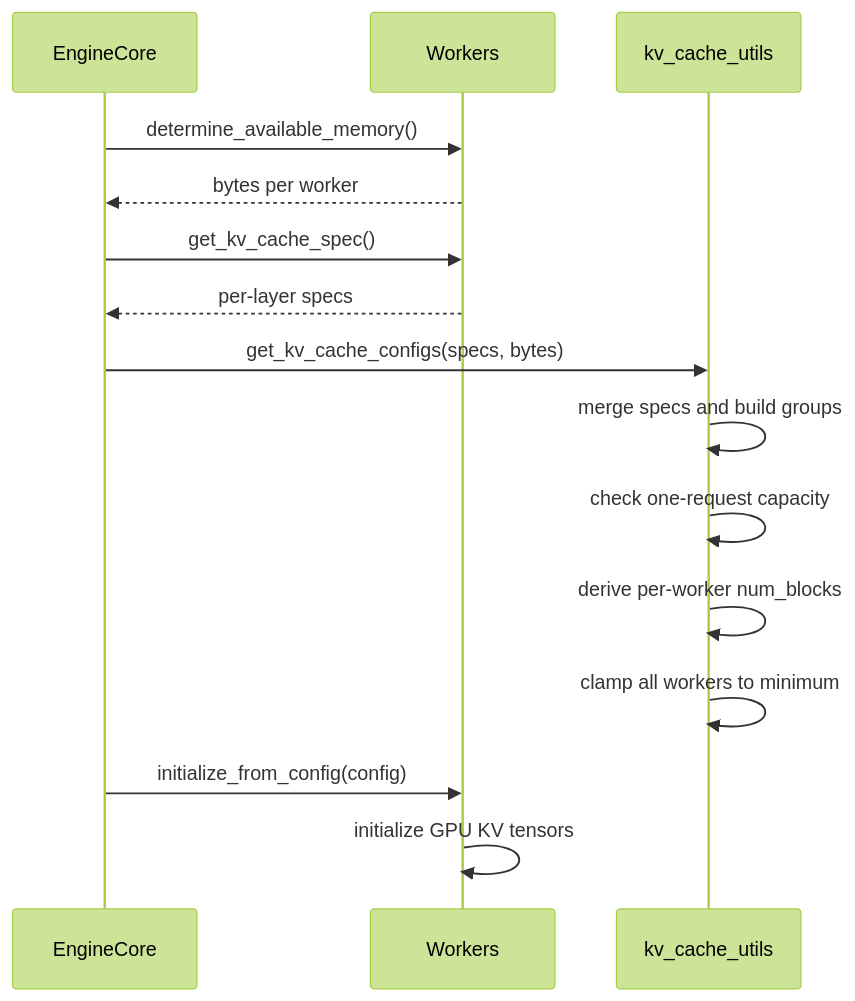
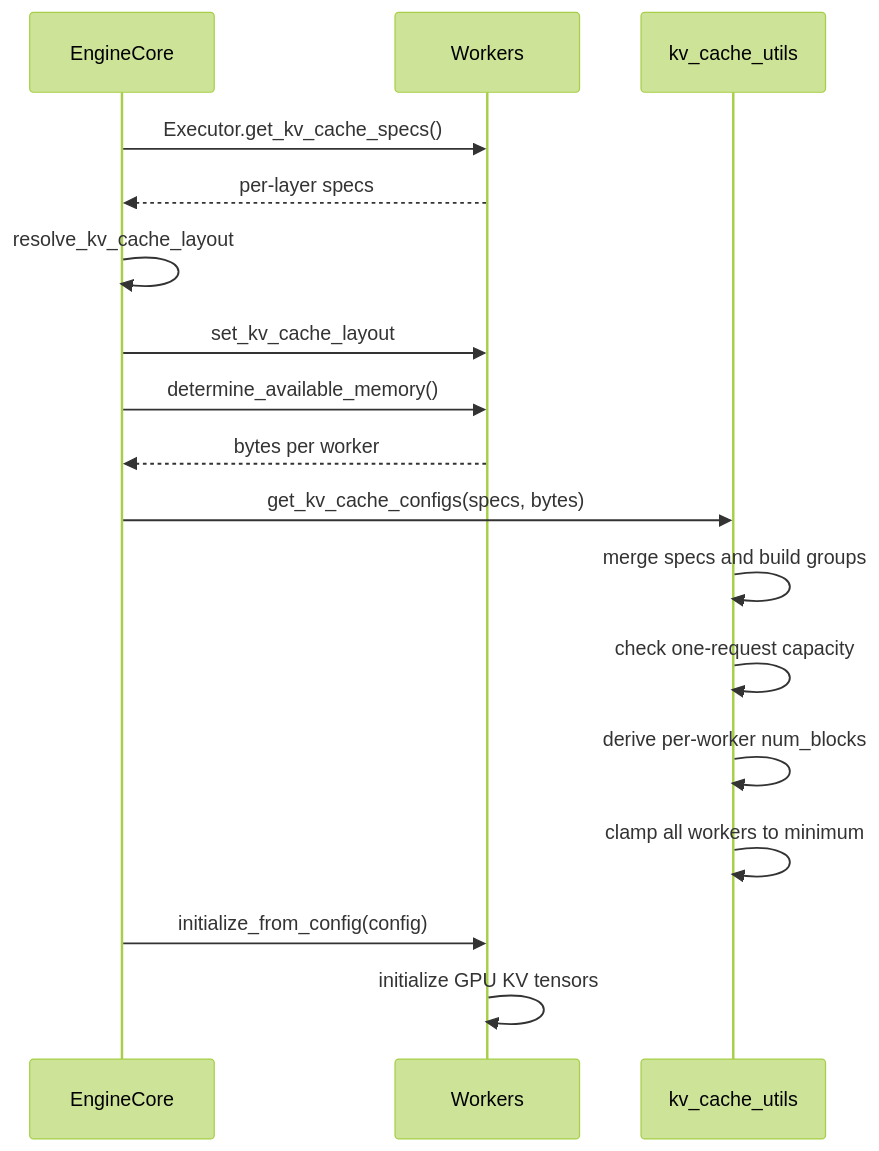
Before and after one commit to cluster1900/vllm_reader: the tenth of 29 diagrams in book/05-kv-cache/README.md, drawn with Mermaid (forest theme). The commit also changed other lines of this file and 38 other files, not shown here.

````diff
--- a/book/05-kv-cache/README.md
+++ b/book/05-kv-cache/README.md
@@ -527,17 +543,19 @@
 ```mermaid
 sequenceDiagram
     participant EC as EngineCore
     participant W as Workers
     participant U as kv_cache_utils
+    EC->>W: Executor.get_kv_cache_specs()
+    W-->>EC: per-layer specs
+    EC->>EC: resolve_kv_cache_layout
+    EC->>W: set_kv_cache_layout
     EC->>W: determine_available_memory()
     W-->>EC: bytes per worker
-    EC->>W: get_kv_cache_spec()
-    W-->>EC: per-layer specs
     EC->>U: get_kv_cache_configs(specs, bytes)
     U->>U: merge specs and build groups
     U->>U: check one-request capacity
     U->>U: derive per-worker num_blocks
     U->>U: clamp all workers to minimum
     EC->>W: initialize_from_config(config)
     W->>W: initialize GPU KV tensors
 ```
````
